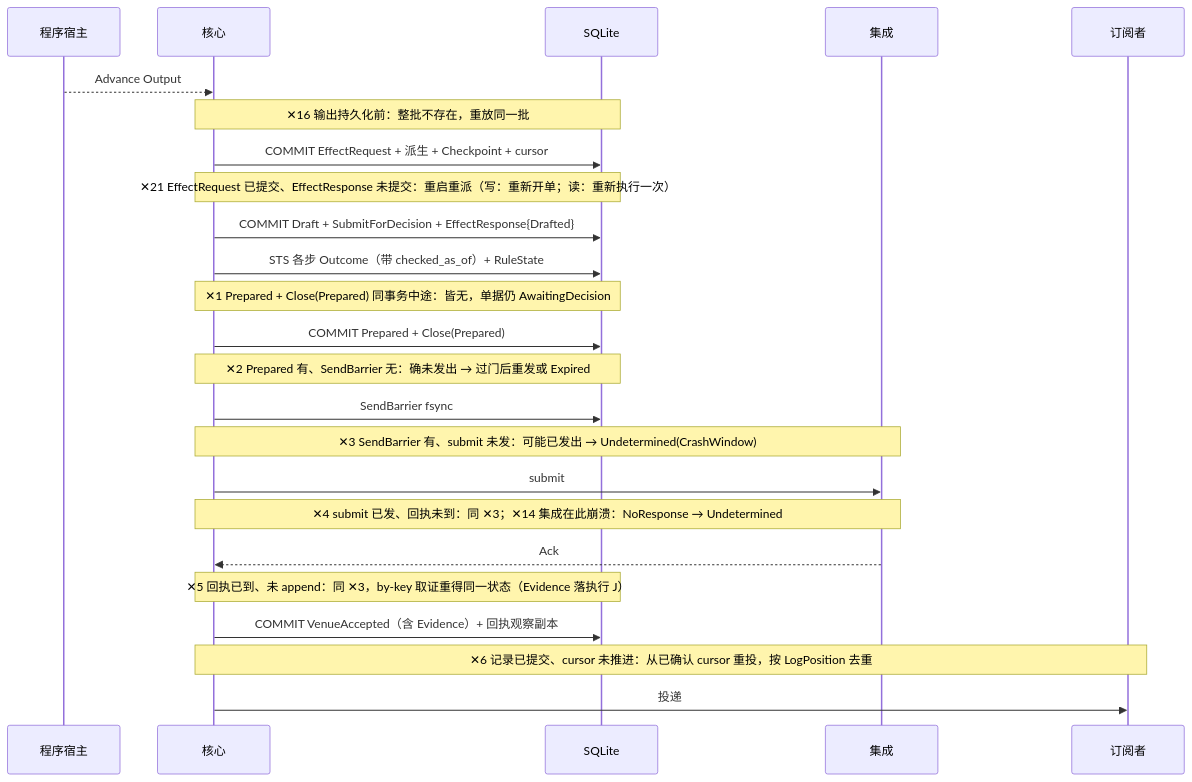
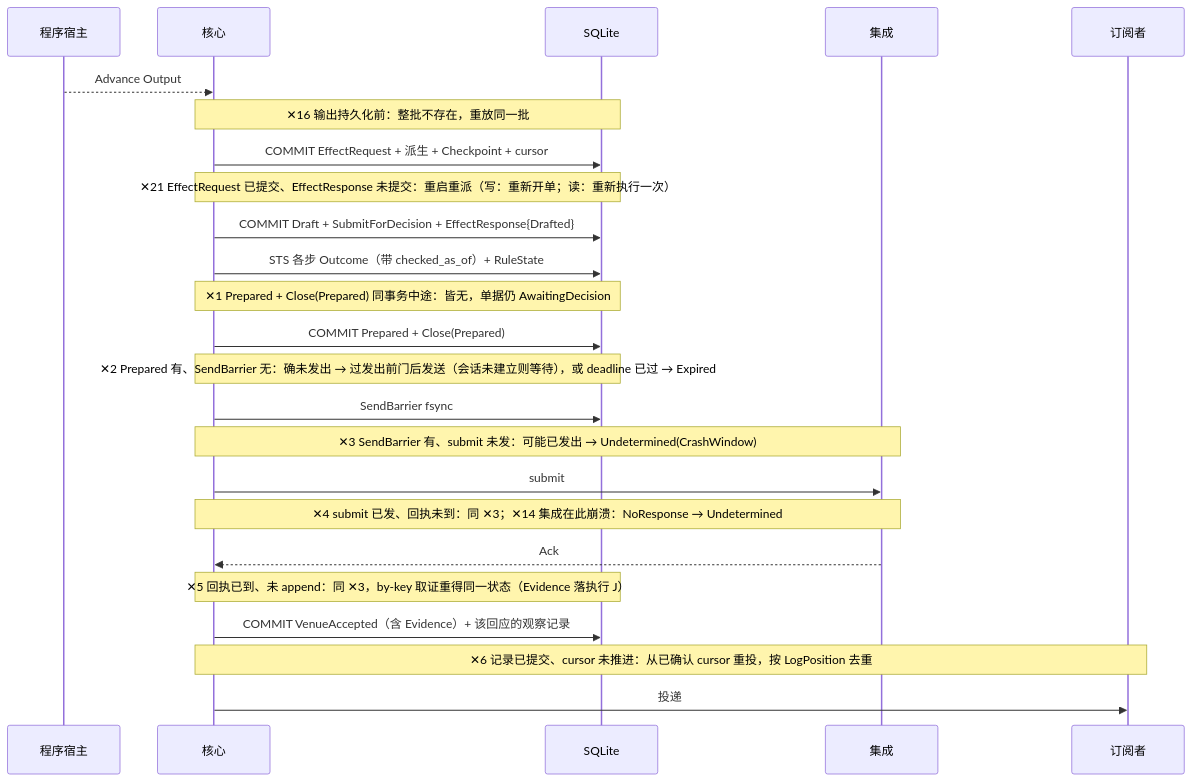
The second of 4 diagrams in design/diagrams/07-crash-recovery.md (mouriya-s-lab/uta), drawn with Mermaid before and after one commit. The commit also changed other lines of this file and 12 other files, not shown here.

````diff
--- a/design/diagrams/07-crash-recovery.md
+++ b/design/diagrams/07-crash-recovery.md
@@ -36,26 +38,26 @@
 ```mermaid
 sequenceDiagram
   participant H as 程序宿主
   participant C as 核心
   participant DB as SQLite
   participant I as 集成
   participant A as 订阅者
   H-->>C: Advance Output
   Note over C,DB: ✕16 输出持久化前：整批不存在，重放同一批
   C->>DB: COMMIT EffectRequest + 派生 + Checkpoint + cursor
   Note over C,DB: ✕21 EffectRequest 已提交、EffectResponse 未提交：重启重派（写：重新开单；读：重新执行一次）
   C->>DB: COMMIT Draft + SubmitForDecision + EffectResponse{Drafted}
   C->>DB: STS 各步 Outcome（带 checked_as_of）+ RuleState
   Note over C,DB: ✕1 Prepared + Close(Prepared) 同事务中途：皆无，单据仍 AwaitingDecision
   C->>DB: COMMIT Prepared + Close(Prepared)
-  Note over C,DB: ✕2 Prepared 有、SendBarrier 无：确未发出 → 过门后重发或 Expired
+  Note over C,DB: ✕2 Prepared 有、SendBarrier 无：确未发出 → 过发出前门后发送（会话未建立则等待），或 deadline 已过 → Expired
   C->>DB: SendBarrier fsync
   Note over C,I: ✕3 SendBarrier 有、submit 未发：可能已发出 → Undetermined(CrashWindow)
   C->>I: submit
   Note over C,I: ✕4 submit 已发、回执未到：同 ✕3；✕14 集成在此崩溃：NoResponse → Undetermined
   I-->>C: Ack
   Note over C,DB: ✕5 回执已到、未 append：同 ✕3，by-key 取证重得同一状态（Evidence 落执行 J）
-  C->>DB: COMMIT VenueAccepted（含 Evidence）+ 回执观察副本
+  C->>DB: COMMIT VenueAccepted（含 Evidence）+ 该回应的观察记录
   Note over C,A: ✕6 记录已提交、cursor 未推进：从已确认 cursor 重投，按 LogPosition 去重
   C->>A: 投递
 ```
````
